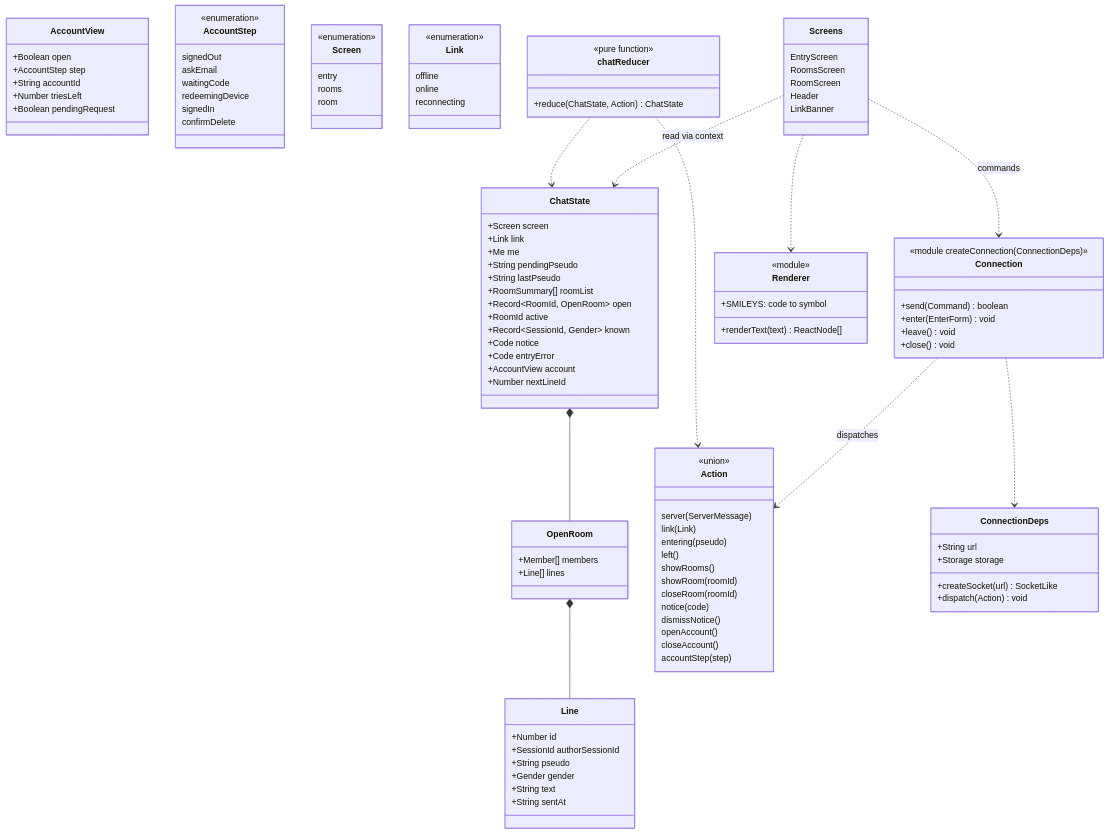
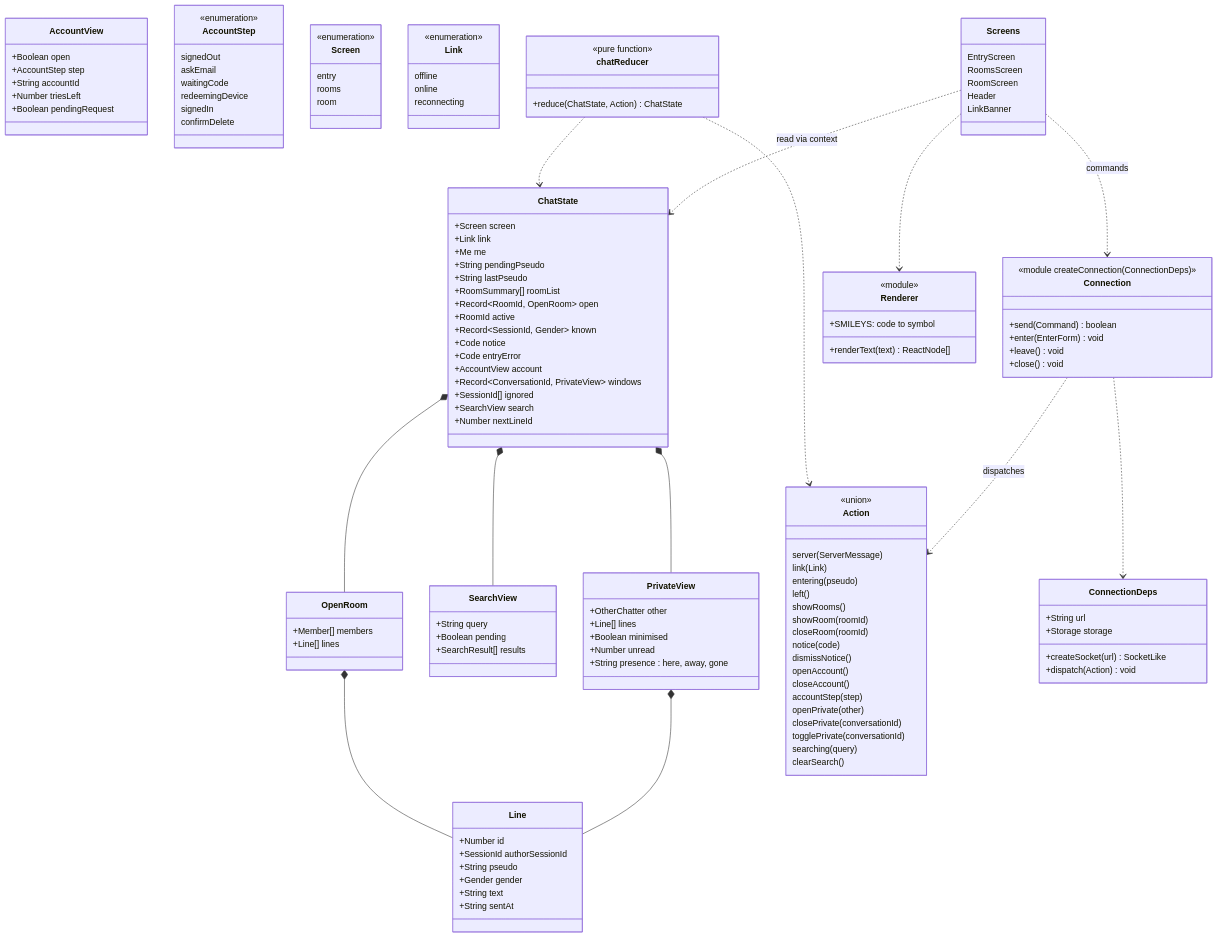
The diagram in docs/architecture/diagrams/web-ui/04-class-client-state.md (benoit-bremaud/asv), drawn with Mermaid before and after one commit. The commit also changed other lines of this file and 48 other files, not shown here.

First line of the commit message:
feat(private): brick 6 — private conversations, ignore and directory search (#51)

````diff
--- a/docs/architecture/diagrams/web-ui/04-class-client-state.md
+++ b/docs/architecture/diagrams/web-ui/04-class-client-state.md
@@ -29,7 +29,22 @@
     +Code notice
     +Code entryError
     +AccountView account
+    +Record~ConversationId, PrivateView~ windows
+    +SessionId[] ignored
+    +SearchView search
     +Number nextLineId
+  }
+  class PrivateView {
+    +OtherChatter other
+    +Line[] lines
+    +Boolean minimised
+    +Number unread
+    +String presence : here, away, gone
+  }
+  class SearchView {
+    +String query
+    +Boolean pending
+    +SearchResult[] results
   }
   class AccountView {
     +Boolean open
@@ -85,6 +100,11 @@
     openAccount()
     closeAccount()
     accountStep(step)
+    openPrivate(other)
+    closePrivate(conversationId)
+    togglePrivate(conversationId)
+    searching(query)
+    clearSearch()
   }
   class chatReducer {
     <<pure function>>
@@ -124,4 +144,7 @@
   Screens ..> Renderer
   ChatState *-- OpenRoom
   OpenRoom *-- Line
+  ChatState *-- PrivateView
+  PrivateView *-- Line
+  ChatState *-- SearchView
 ```
````
